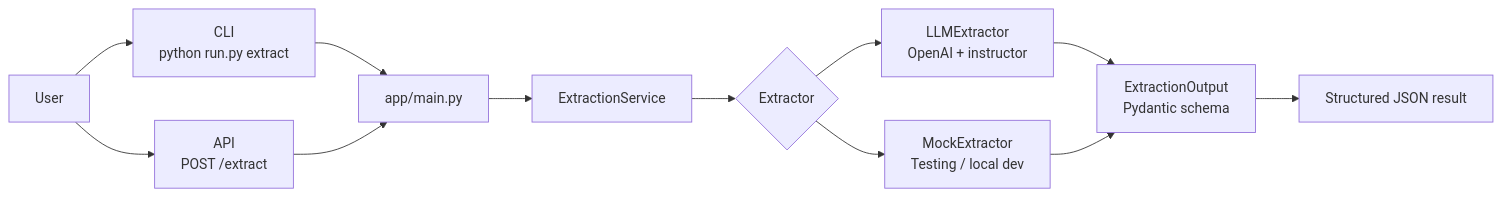
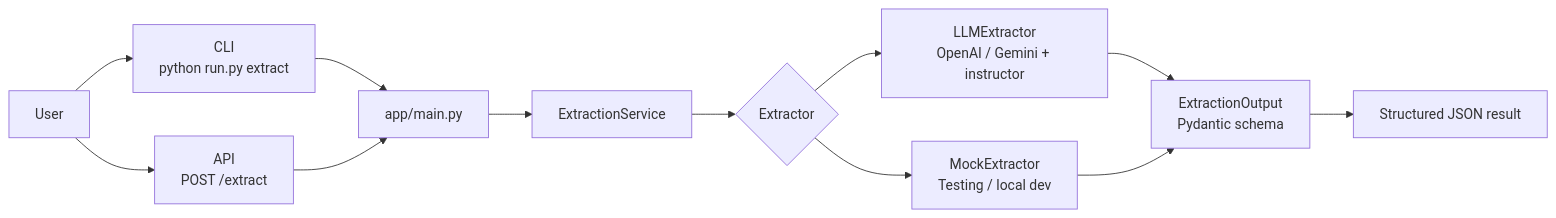
One commit to iknowyou122/ai-fast-track changed the second of 8 diagrams in README.md. Above: the diagram before and after it, drawn with Mermaid. The commit also changed other lines of this file and 5 other files, not shown here.

Commit message:
feat: support OpenAI and Gemini providers

````diff
--- a/README.md
+++ b/README.md
@@ -59,18 +59,18 @@
 ```mermaid
 flowchart LR
   USER[User] --> CLI[CLI\npython run.py extract]
   USER --> API[API\nPOST /extract]
 
   CLI --> MAIN[app/main.py]
   API --> MAIN
 
   MAIN --> SERVICE[ExtractionService]
   SERVICE --> EXTRACTOR{Extractor}
 
-  EXTRACTOR --> LLM[LLMExtractor\nOpenAI + instructor]
+  EXTRACTOR --> LLM[LLMExtractor\nOpenAI / Gemini + instructor]
   EXTRACTOR --> MOCK[MockExtractor\nTesting / local dev]
 
   LLM --> SCHEMA[ExtractionOutput\nPydantic schema]
   MOCK --> SCHEMA
   SCHEMA --> JSON[Structured JSON result]
 ```
````
